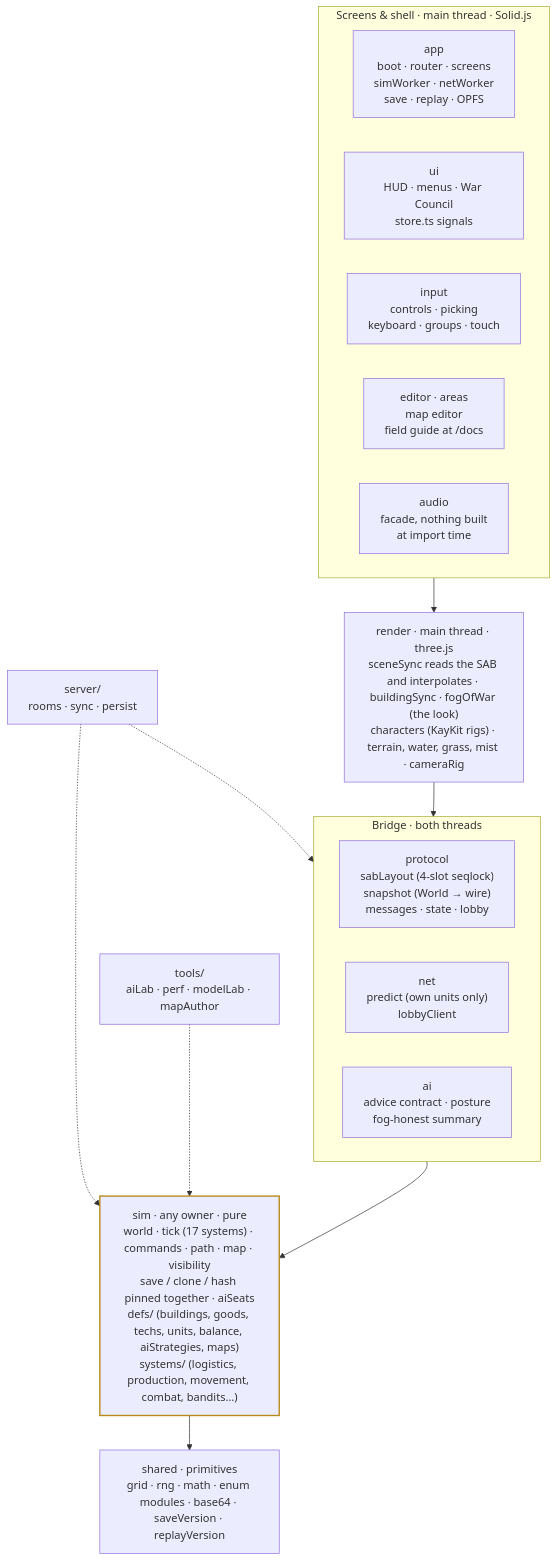
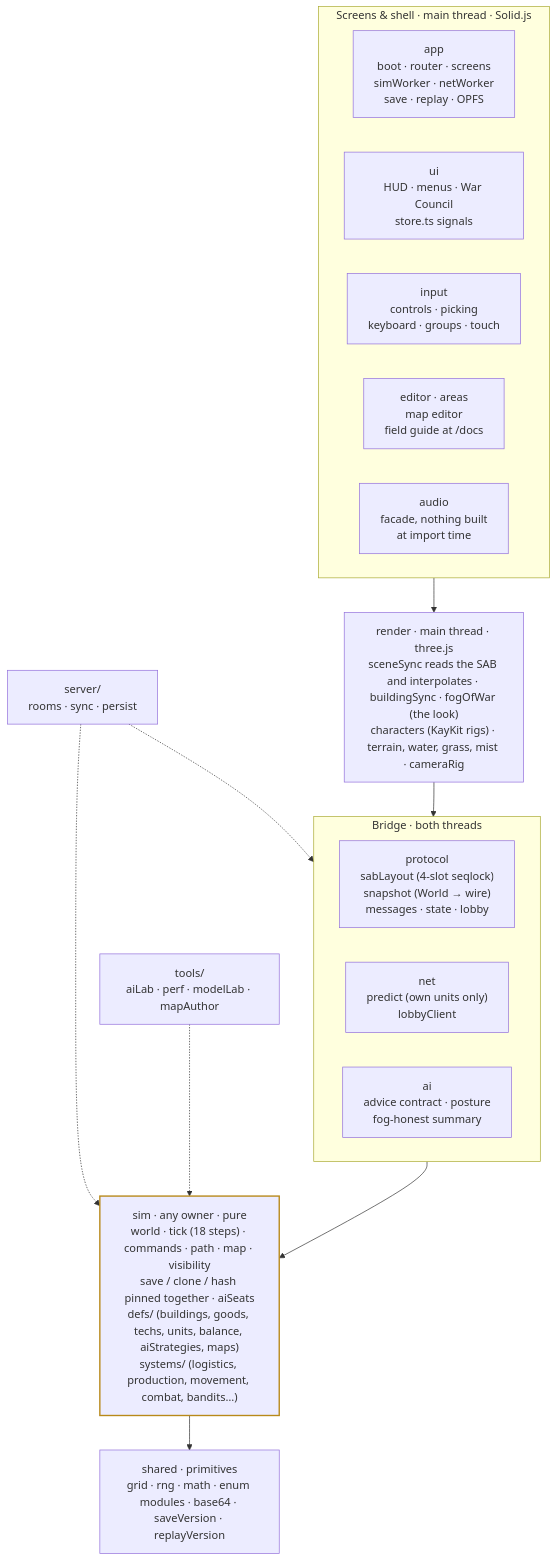
Before and after one commit to arv/serf: the first of 2 diagrams in docs/architecture.md, drawn with Mermaid. The commit also changed other lines of this file, not shown here.

First line of the commit message:
docs(architecture): the tick has 18 steps, not 17

````diff
--- a/docs/architecture.md
+++ b/docs/architecture.md
@@ -31,28 +31,28 @@
 ```mermaid
 flowchart TB
   subgraph shell["Screens & shell · main thread · Solid.js"]
     direction LR
     app["app<br/>boot · router · screens<br/>simWorker · netWorker<br/>save · replay · OPFS"]
     ui["ui<br/>HUD · menus · War Council<br/>store.ts signals"]
     input["input<br/>controls · picking<br/>keyboard · groups · touch"]
     editor["editor · areas<br/>map editor<br/>field guide at /docs"]
     audio["audio<br/>facade, nothing built<br/>at import time"]
   end
   render["render · main thread · three.js<br/>sceneSync reads the SAB and interpolates · buildingSync · fogOfWar (the look)<br/>characters (KayKit rigs) · terrain, water, grass, mist · cameraRig"]
   subgraph bridge["Bridge · both threads"]
     direction LR
     protocol["protocol<br/>sabLayout (4-slot seqlock)<br/>snapshot (World → wire)<br/>messages · state · lobby"]
     net["net<br/>predict (own units only)<br/>lobbyClient"]
     ai["ai<br/>advice contract · posture<br/>fog-honest summary"]
   end
-  sim["sim · any owner · pure<br/>world · tick (17 systems) · commands · path · map · visibility<br/>save / clone / hash pinned together · aiSeats<br/>defs/ (buildings, goods, techs, units, balance, aiStrategies, maps)<br/>systems/ (logistics, production, movement, combat, bandits…)"]
+  sim["sim · any owner · pure<br/>world · tick (18 steps) · commands · path · map · visibility<br/>save / clone / hash pinned together · aiSeats<br/>defs/ (buildings, goods, techs, units, balance, aiStrategies, maps)<br/>systems/ (logistics, production, movement, combat, bandits…)"]
   shared["shared · primitives<br/>grid · rng · math · enum modules · base64 · saveVersion · replayVersion"]
   server["server/<br/>rooms · sync · persist"]
   tools["tools/<br/>aiLab · perf · modelLab · mapAuthor"]
 
   shell --> render --> bridge --> sim --> shared
   server -.-> sim
   server -.-> protocol
   tools -.-> sim
   style sim stroke:#b8891a,stroke-width:2px
 ```
````
